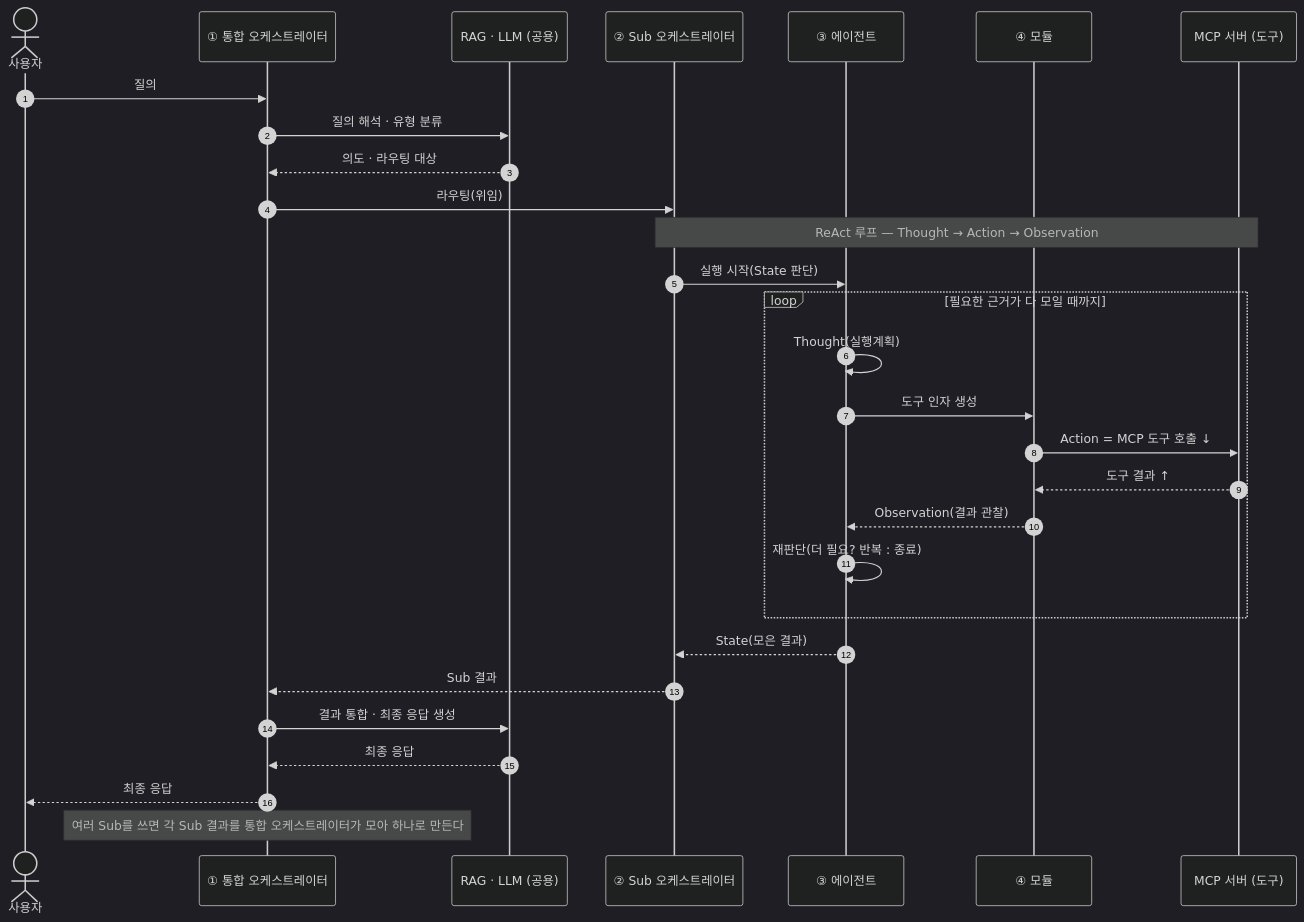
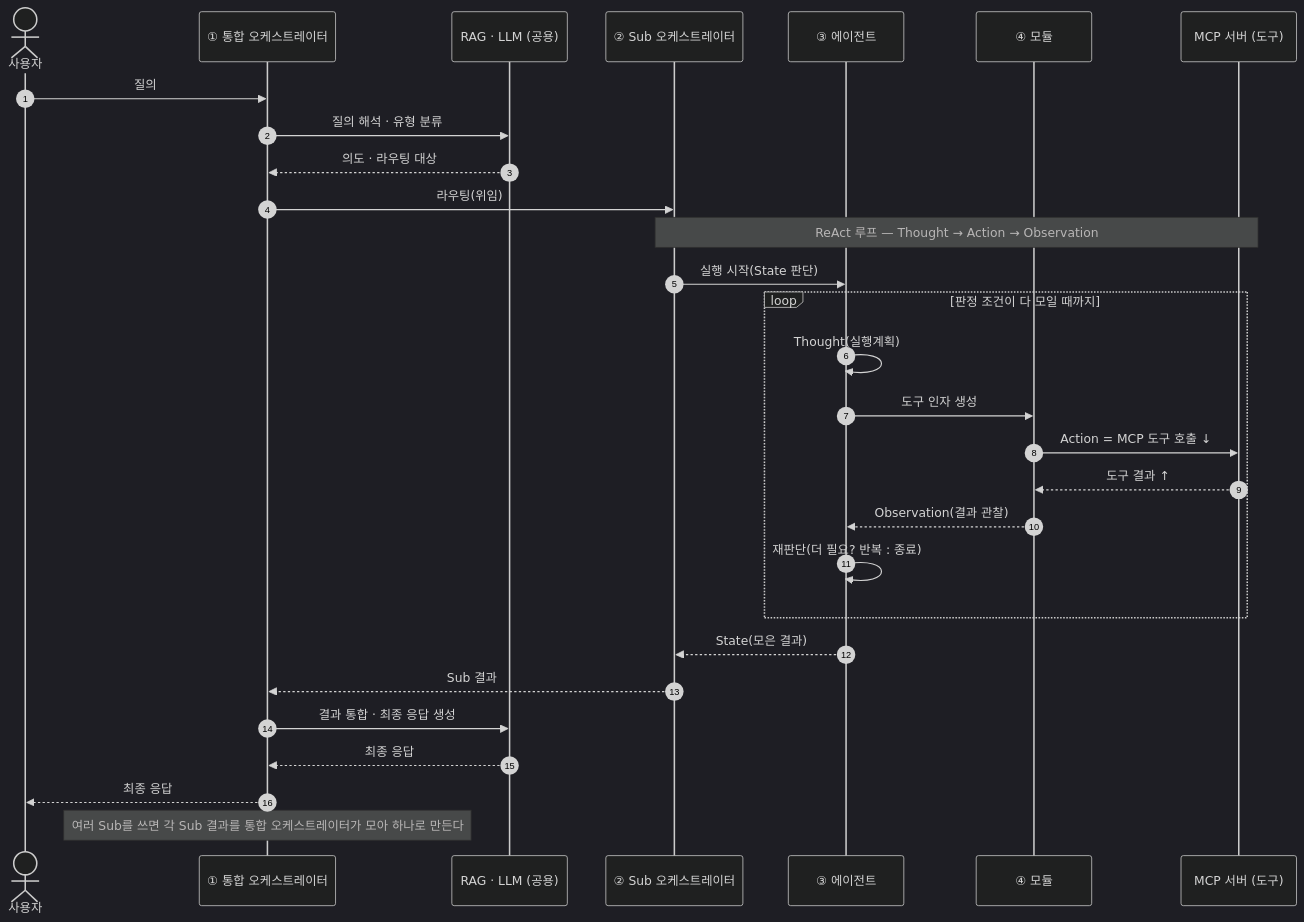
Before and after one commit to madlrengg100/permit-copilot: the sixth of 7 diagrams in docs/MCP-AGENT-SEQUENCE1.md, drawn with Mermaid (dark theme). The commit also changed other lines of this file, not shown here.

Commit message:
docs(MCP-AGENT-SEQUENCE1): DB 연계도·온톨로지·ReAct 기능순서·용어 정리

````diff
--- a/docs/MCP-AGENT-SEQUENCE1.md
+++ b/docs/MCP-AGENT-SEQUENCE1.md
@@ -157,35 +246,35 @@
 ```mermaid
 sequenceDiagram
     autonumber
     actor U as 사용자
     participant IO as ① 통합 오케스트레이터
     participant LR as RAG · LLM (공용)
     participant SO as ② Sub 오케스트레이터
     participant AG as ③ 에이전트
     participant MO as ④ 모듈
     participant MCP as MCP 서버 (도구)
 
     U->>IO: 질의
     IO->>LR: 질의 해석 · 유형 분류
     LR-->>IO: 의도 · 라우팅 대상
     IO->>SO: 라우팅(위임)
 
     Note over SO,MCP: ReAct 루프 — Thought → Action → Observation
     SO->>AG: 실행 시작(State 판단)
-    loop 필요한 근거가 다 모일 때까지
+    loop 판정 조건이 다 모일 때까지
         AG->>AG: Thought(실행계획)
         AG->>MO: 도구 인자 생성
         MO->>MCP: Action = MCP 도구 호출 ↓
         MCP-->>MO: 도구 결과 ↑
         MO-->>AG: Observation(결과 관찰)
         AG->>AG: 재판단(더 필요? 반복 : 종료)
     end
     AG-->>SO: State(모은 결과)
     SO-->>IO: Sub 결과
 
     IO->>LR: 결과 통합 · 최종 응답 생성
     LR-->>IO: 최종 응답
     IO-->>U: 최종 응답
 
     Note over IO: 여러 Sub를 쓰면 각 Sub 결과를 통합 오케스트레이터가 모아 하나로 만든다
 ```
````
